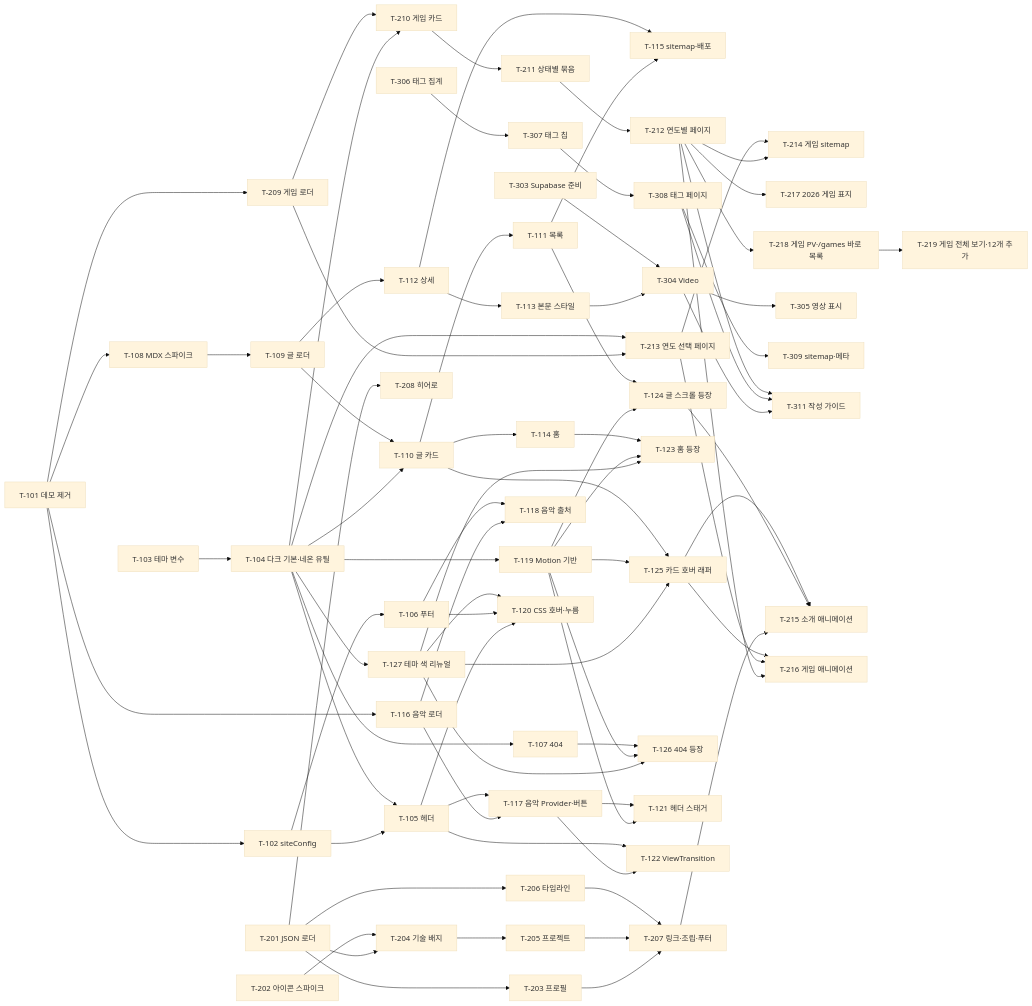
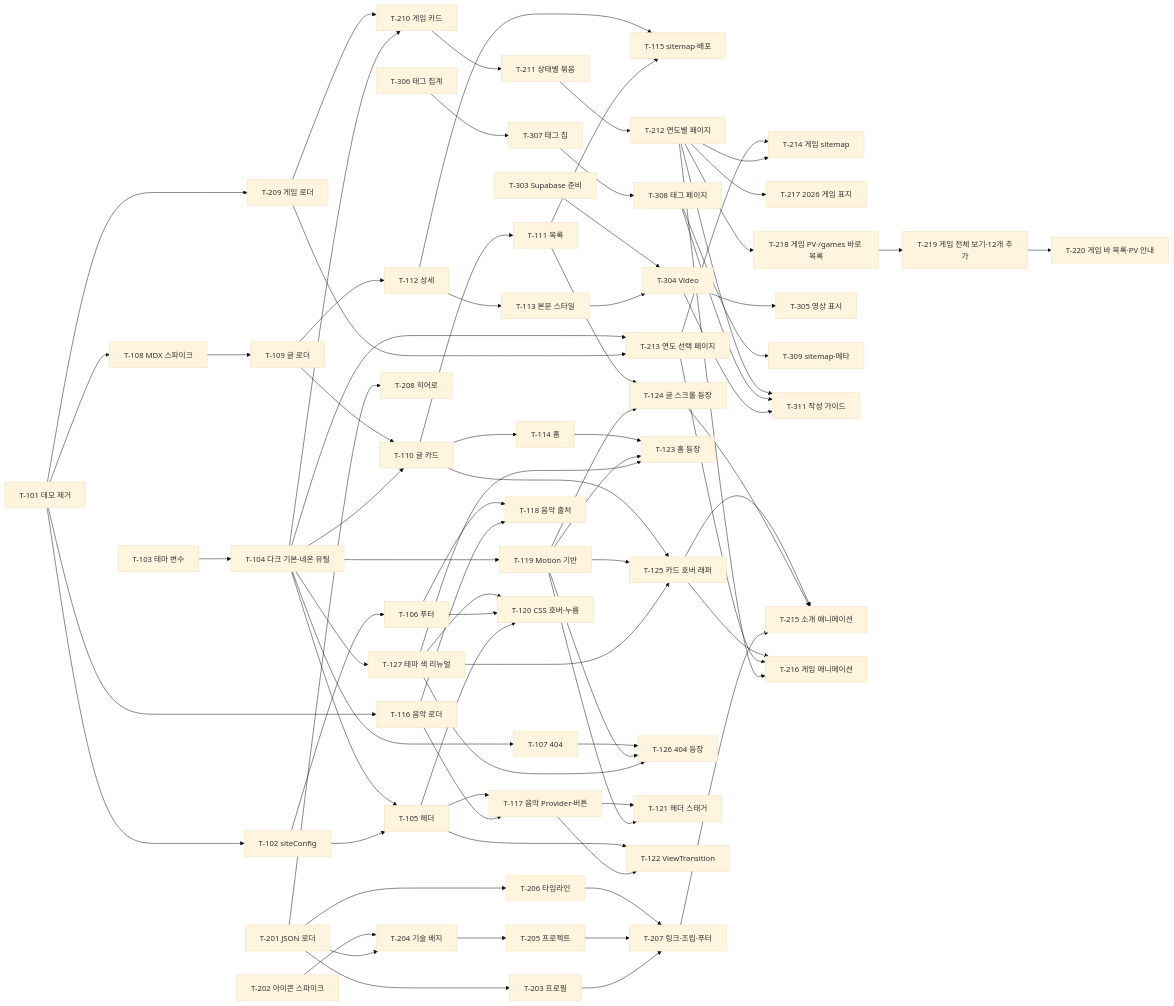
The diagram in .claude/docs/ROADMAP.md (GameDev-HanS/gamedev-hans.github.io), drawn with Mermaid (base theme) before and after one commit. The commit also changed other lines of this file and 4 other files, not shown here.

```diff
--- a/.claude/docs/ROADMAP.md
+++ b/.claude/docs/ROADMAP.md
@@ -364,6 +368,7 @@
   T212 --> T217[T-217 2026 게임 표지]
   T212 --> T218[T-218 게임 PV·/games 바로 목록]
   T218 --> T219[T-219 게임 전체 보기·12개 추가]
+  T219 --> T220[T-220 게임 바 목록·PV 안내]
 
   T113 --> T304[T-304 Video]
   T303[T-303 Supabase 준비] --> T304
```
